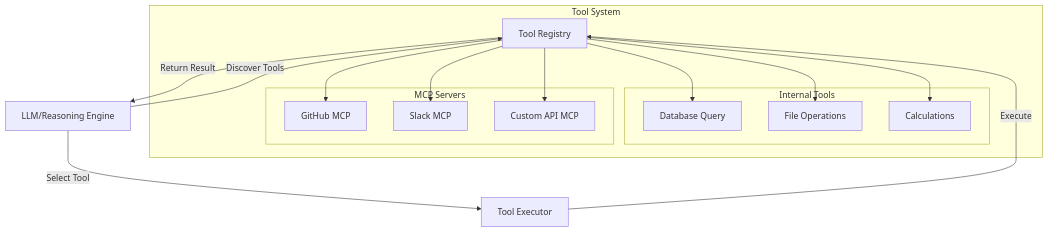
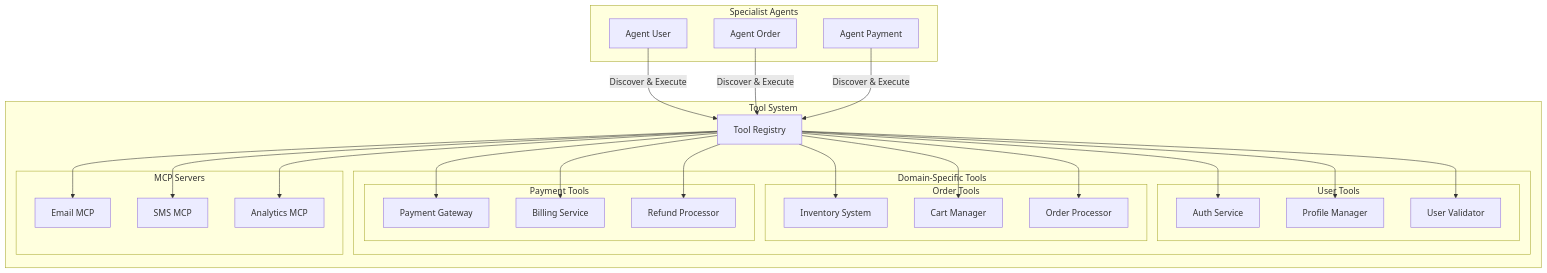
One commit to ptvinhtech13/micro-agent changed the fourth of 14 diagrams in docs/architecture/architecture_visual_mermaid.md. Above: the diagram before and after it, drawn with Mermaid. The commit also changed other lines of this file and 10 other files, not shown here.

````diff
--- a/docs/architecture/architecture_visual_mermaid.md
+++ b/docs/architecture/architecture_visual_mermaid.md
@@ -123,30 +184,55 @@
 ```mermaid
 graph TB
+    subgraph "Specialist Agents"
+        USER_AGENT[Agent User]
+        ORDER_AGENT[Agent Order]
+        PAYMENT_AGENT[Agent Payment]
+    end
+
     subgraph "Tool System"
         TR[Tool Registry]
-        
-        subgraph "Internal Tools"
-            T1[Database Query]
-            T2[File Operations]
-            T3[Calculations]
+
+        subgraph "Domain-Specific Tools"
+            subgraph "User Tools"
+                UT1[Auth Service]
+                UT2[Profile Manager]
+                UT3[User Validator]
+            end
+
+            subgraph "Order Tools"
+                OT1[Inventory System]
+                OT2[Cart Manager]
+                OT3[Order Processor]
+            end
+
+            subgraph "Payment Tools"
+                PT1[Payment Gateway]
+                PT2[Billing Service]
+                PT3[Refund Processor]
+            end
         end
-        
+
         subgraph "MCP Servers"
-            MCP1[GitHub MCP]
-            MCP2[Slack MCP]
-            MCP3[Custom API MCP]
+            MCP1[Email MCP]
+            MCP2[SMS MCP]
+            MCP3[Analytics MCP]
         end
-        
-        TR --> T1
-        TR --> T2
-        TR --> T3
+
+        TR --> UT1
+        TR --> UT2
+        TR --> UT3
+        TR --> OT1
+        TR --> OT2
+        TR --> OT3
+        TR --> PT1
+        TR --> PT2
+        TR --> PT3
         TR --> MCP1
         TR --> MCP2
         TR --> MCP3
     end
-    
-    LLM[LLM/Reasoning Engine] -->|Discover Tools| TR
-    LLM -->|Select Tool| EXECUTOR[Tool Executor]
-    EXECUTOR -->|Execute| TR
-    TR -->|Return Result| LLM
+
+    USER_AGENT -->|Discover & Execute| TR
+    ORDER_AGENT -->|Discover & Execute| TR
+    PAYMENT_AGENT -->|Discover & Execute| TR
 ```
````
